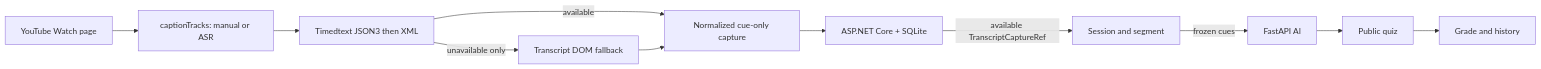
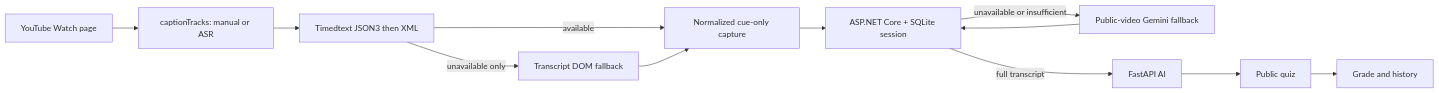
The diagram in docs/architecture/README.md (tungnguyen1208/StudylensAI), drawn with Mermaid before and after one commit. The commit also changed other lines of this file and 177 other files, not shown here.

Commit message:
feat: add full transcript full-video quiz contract v0.5

````diff
--- a/docs/architecture/README.md
+++ b/docs/architecture/README.md
@@ -7,13 +7,14 @@
 ```mermaid
 flowchart LR
   Y[YouTube Watch page] --> T[captionTracks: manual or ASR]
   T --> D[Timedtext JSON3 then XML]
   D -->|unavailable only| R[Transcript DOM fallback]
   D -->|available| E[Normalized cue-only capture]
   R --> E
-  E --> B[ASP.NET Core + SQLite]
-  B -->|available TranscriptCaptureRef| S[Session and segment]
-  S -->|frozen cues| A[FastAPI AI]
+  E --> B[ASP.NET Core + SQLite session]
+  B -->|unavailable or insufficient| F[Public-video Gemini fallback]
+  F --> B
+  B -->|full transcript| A[FastAPI AI]
   A --> Q[Public quiz]
   Q --> H[Grade and history]
 ```
````
